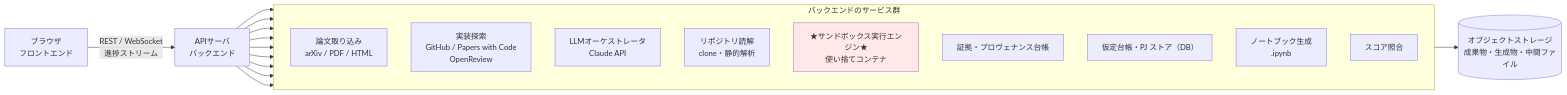
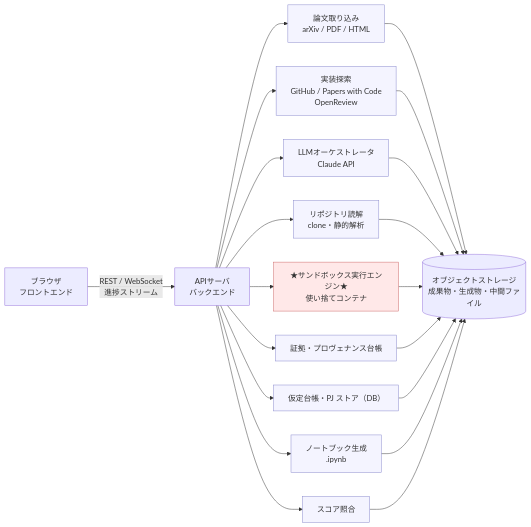
The first of 5 diagrams in docs/requirements.md (ChestnutForest/paper-repro), drawn with Mermaid before and after one commit. The commit also changed other lines of this file, not shown here.

First line of the commit message:
docs: restructure both diagrams so the layout no longer depends on direction hints

````diff
--- a/docs/requirements.md
+++ b/docs/requirements.md
@@ -115,32 +115,30 @@
 ```mermaid
 %%{init: {'themeVariables': {'fontFamily': 'Segoe UI, Helvetica, Arial, sans-serif', 'fontSize': '16px'}}}%%
 flowchart LR
     BROWSER["ブラウザ<br/>フロントエンド"]
     BROWSER -->|REST / WebSocket<br/>進捗ストリーム| API["APIサーバ<br/>バックエンド"]
 
-    subgraph services["バックエンドのサービス群"]
-        direction TB
-        INTAKE["論文取り込み<br/>arXiv / PDF / HTML"]
-        SEARCH["実装探索<br/>GitHub / Papers with Code<br/>OpenReview"]
-        LLM["LLMオーケストレータ<br/>Claude API"]
-        REPO["リポジトリ読解<br/>clone・静的解析"]
-        SANDBOX["★サンドボックス実行エンジン★<br/>使い捨てコンテナ"]
-        EVID["証拠・プロヴェナンス台帳"]
-        STORE["仮定台帳・PJ ストア（DB）"]
-        NB["ノートブック生成<br/>.ipynb"]
-        SCORE["スコア照合"]
-    end
+    API --> INTAKE["論文取り込み<br/>arXiv / PDF / HTML"]
+    API --> SEARCH["実装探索<br/>GitHub / Papers with Code<br/>OpenReview"]
+    API --> LLM["LLMオーケストレータ<br/>Claude API"]
+    API --> REPO["リポジトリ読解<br/>clone・静的解析"]
+    API --> SANDBOX["★サンドボックス実行エンジン★<br/>使い捨てコンテナ"]
+    API --> EVID["証拠・プロヴェナンス台帳"]
+    API --> STORE["仮定台帳・PJ ストア（DB）"]
+    API --> NB["ノートブック生成<br/>.ipynb"]
+    API --> SCORE["スコア照合"]
 
-    API --> INTAKE
-    API --> SEARCH
-    API --> LLM
-    API --> REPO
-    API --> SANDBOX
-    API --> EVID
-    API --> STORE
-    API --> NB
-    API --> SCORE
-    services --> OBJ[("オブジェクトストレージ<br/>成果物・生成物・中間ファイル")]
+    INTAKE --> OBJ[("オブジェクトストレージ<br/>成果物・生成物・中間ファイル")]
+    SEARCH --> OBJ
+    LLM --> OBJ
+    REPO --> OBJ
+    SANDBOX --> OBJ
+    EVID --> OBJ
+    STORE --> OBJ
+    NB --> OBJ
+    SCORE --> OBJ
 
-    style SANDBOX fill:#ffe8e8
+    classDef svc fill:#f4f4ff,stroke:#8888cc
+    class INTAKE,SEARCH,LLM,REPO,EVID,STORE,NB,SCORE svc
+    style SANDBOX fill:#ffe8e8,stroke:#cc6666
 ```
````
